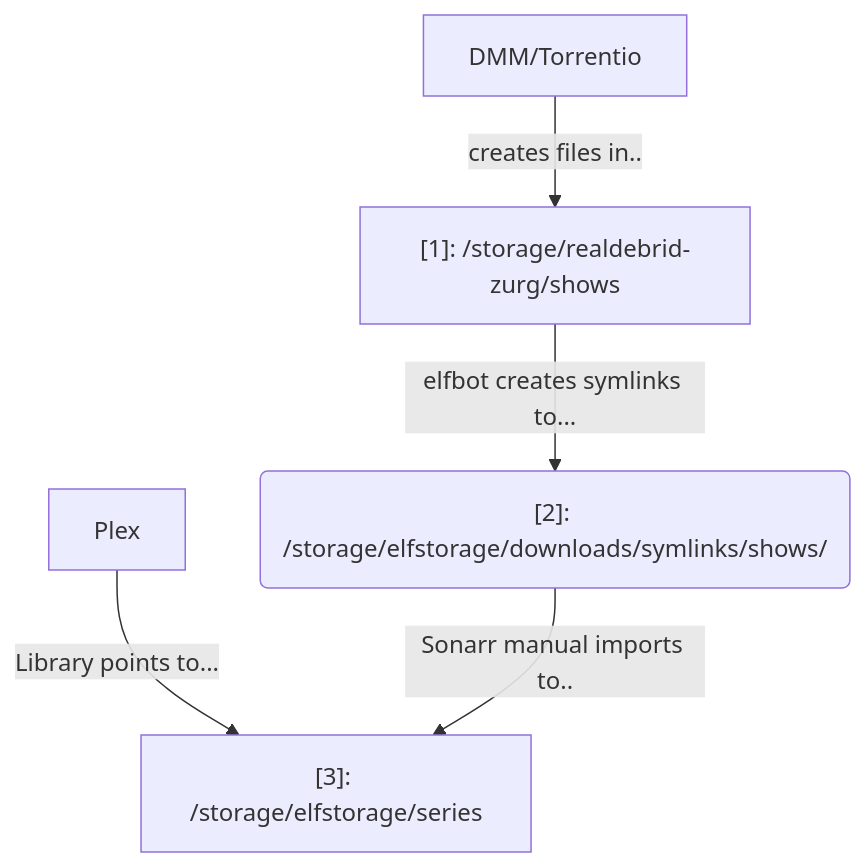
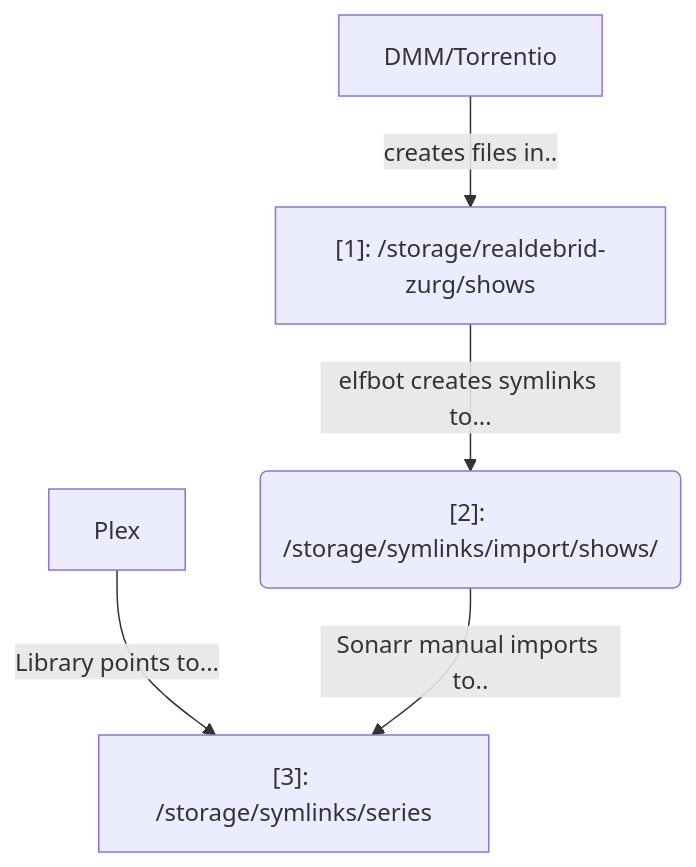
One commit to elfhosted/elfhosted.com changed the diagram in docs/app/sonarr.md. Above: the diagram before and after it, drawn with Mermaid. The commit also changed other lines of this file and 4 other files, not shown here.

````diff
--- a/docs/app/sonarr.md
+++ b/docs/app/sonarr.md
@@ -39,8 +39,8 @@
 ```mermaid
 flowchart TD
     E["DMM/Torrentio"] --> |creates files in..|A
-    A["[1]: /storage/realdebrid-zurg/shows"] -->|elfbot creates symlinks to...| B("[2]: /storage/elfstorage/downloads/symlinks/shows/")
+    A["[1]: /storage/realdebrid-zurg/shows"] -->|elfbot creates symlinks to...| B("[2]: /storage/symlinks/import/shows/")
     D[Plex] --> |Library points to...|C
-    B --> |Sonarr manual imports to..|C["[3]: /storage/elfstorage/series"]
+    B --> |Sonarr manual imports to..|C["[3]: /storage/symlinks/series"]
 
 ```
````
